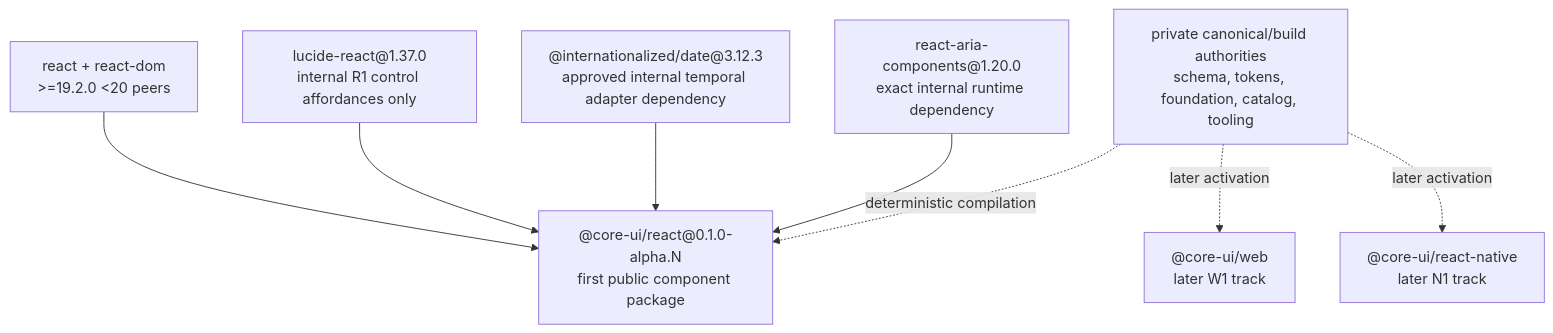
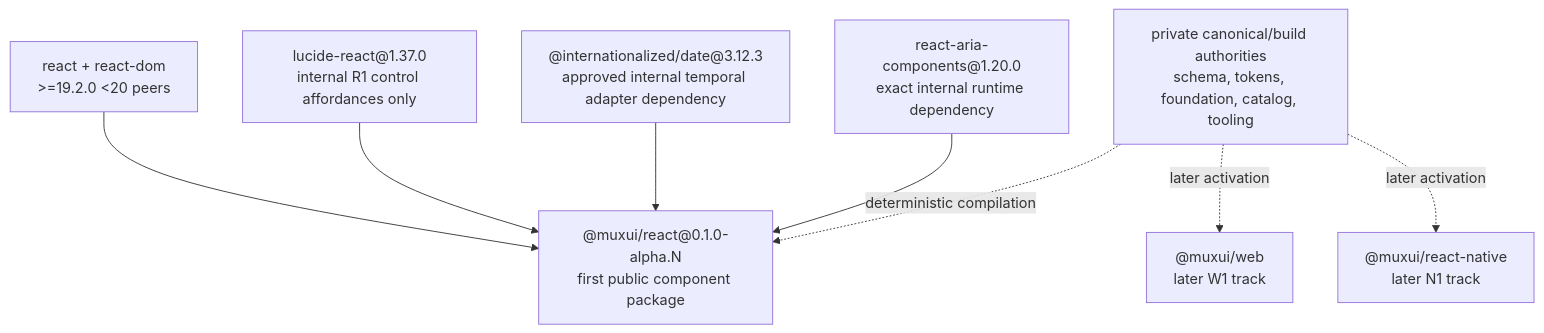
The second of 2 diagrams in strategy/monorepo-architecture.md (ndrewtran/core-ui), drawn with Mermaid before and after one commit. The commit also changed other lines of this file and 996 other files, not shown here.

````diff
--- a/strategy/monorepo-architecture.md
+++ b/strategy/monorepo-architecture.md
@@ -1129,19 +1136,19 @@
 ```mermaid
 flowchart TD
   canonical["private canonical/build authorities\nschema, tokens, foundation, catalog, tooling"]
-  react["@core-ui/react@0.1.0-alpha.N\nfirst public component package"]
+  react["@muxui/react@0.1.0-alpha.N\nfirst public component package"]
   aria["react-aria-components@1.20.0\nexact internal runtime dependency"]
   temporal["@internationalized/date@3.12.3\napproved internal temporal adapter dependency"]
   lucide["lucide-react@1.37.0\ninternal R1 control affordances only"]
   peers["react + react-dom\n>=19.2.0 <20 peers"]
-  web["@core-ui/web\nlater W1 track"]
-  native["@core-ui/react-native\nlater N1 track"]
+  web["@muxui/web\nlater W1 track"]
+  native["@muxui/react-native\nlater N1 track"]
 
   canonical -. deterministic compilation .-> react
   aria --> react
   temporal --> react
   lucide --> react
   peers --> react
   canonical -. later activation .-> web
   canonical -. later activation .-> native
 ```
````
